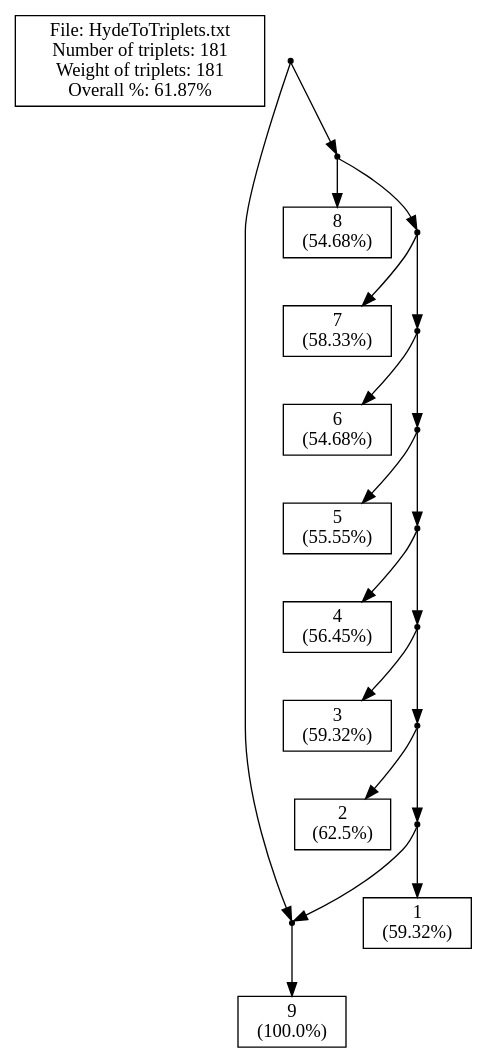
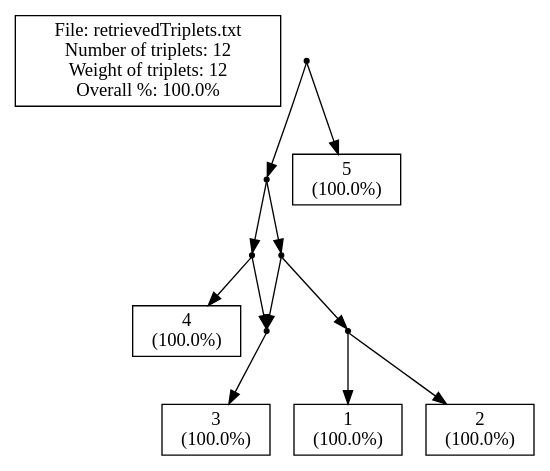
Before and after one commit to solislemuslab/phylo-knit: the diagram in New/Server/cExample1_m.dot, drawn with Graphviz. The commit also changed 10 other files, not shown here.

Commit message:
Fixed Newick formats for Triplet and Parenthetical

```diff
--- a/New/Server/cExample1_m.dot
+++ b/New/Server/cExample1_m.dot
@@ -1,66 +1,51 @@
 // LEV1ATHAN Version 1.0, 21 september 2009
 // COMMENT: Pre-processing the input file to count the leaves
-// COMMENT: Pre-processing showed that there are 9 leaves in the input.
-// SUMMARY: Input had 9 leaves.
+// COMMENT: Pre-processing showed that there are 5 leaves in the input.
+// SUMMARY: Input had 5 leaves.
 // USER-SETTING: Will *not* post-process output to collapse edges.
 // COMMENT: Triplet set is already dense.
-// SUMMARY: There are 181 triplets in the input.
-// SUMMARY: Total weight of input triplets is 181.
+// SUMMARY: There are 12 triplets in the input.
+// SUMMARY: Total weight of input triplets is 12.
+// COMMENT: We achieved non-trivial local perfection.
 // SUMMARY: (Before post-processing)
-// SUMMARY: We got 112 units of triplet weight, that's 61.87% of total weight.
-// SUMMARY: In total 69 units of triplet weight were -not- consistent with the ouput network.
+// SUMMARY: We got 12 units of triplet weight, that's 100.0% of total weight.
+// SUMMARY: In total 0 units of triplet weight were -not- consistent with the ouput network.
 // SUMMARY: Output network contained 0 triplets -not- in the original input.
-// SUMMARY: The symmetric difference is thus 69 + (1 * 0) = 69
+// SUMMARY: The symmetric difference is thus 0 + (1 * 0) = 0
 // SUMMARY: (After post-processing)
 strict digraph G1 {
 edge [fontsize=8]
-labelbox [shape=box, width=0.4, label="File: HydeToTriplets.txt\nNumber of triplets: 181\nWeight of triplets: 181\nOverall %: 61.87%"];
+labelbox [shape=box, width=0.4, label="File: retrievedTriplets.txt\nNumber of triplets: 12\nWeight of triplets: 12\nOverall %: 100.0%"];
 internal1000 [shape=point];
 internal1001 [shape=point];
-9 [shape=box, width=0.3, label="9\n(100.0%)"];
+internal1002 [shape=point];
 internal1003 [shape=point];
-8 [shape=box, width=0.3, label="8\n(54.68%)"];
-internal1005 [shape=point];
-7 [shape=box, width=0.3, label="7\n(58.33%)"];
+3 [shape=box, width=0.3, label="3\n(100.0%)"];
+4 [shape=box, width=0.3, label="4\n(100.0%)"];
+internal1006 [shape=point];
 internal1007 [shape=point];
-6 [shape=box, width=0.3, label="6\n(54.68%)"];
-internal1009 [shape=point];
-5 [shape=box, width=0.3, label="5\n(55.55%)"];
-internal1011 [shape=point];
-4 [shape=box, width=0.3, label="4\n(56.45%)"];
-internal1013 [shape=point];
-3 [shape=box, width=0.3, label="3\n(59.32%)"];
-internal1015 [shape=point];
-2 [shape=box, width=0.3, label="2\n(62.5%)"];
-internal1017 [shape=point];
-1 [shape=box, width=0.3, label="1\n(59.32%)"];
+1 [shape=box, width=0.3, label="1\n(100.0%)"];
+2 [shape=box, width=0.3, label="2\n(100.0%)"];
+5 [shape=box, width=0.3, label="5\n(100.0%)"];
 internal1000 -> internal1001
-internal1000 -> internal1003
-internal1001 -> 9
-internal1003 -> 8
-internal1003 -> internal1005
-internal1005 -> 7
-internal1005 -> internal1007
-internal1007 -> 6
-internal1007 -> internal1009
-internal1009 -> 5
-internal1009 -> internal1011
-internal1011 -> 4
-internal1011 -> internal1013
-internal1013 -> 3
-internal1013 -> internal1015
-internal1015 -> 2
-internal1015 -> internal1017
-internal1017 -> 1
-internal1017 -> internal1001
-internal1001 -> 9
+internal1000 -> 5
+internal1001 -> internal1002
+internal1001 -> internal1006
+internal1002 -> internal1003
+internal1002 -> 4
+internal1003 -> 3
+internal1006 -> internal1007
+internal1006 -> internal1003
+internal1007 -> 1
+internal1007 -> 2
+internal1003 -> 3
 }
-// SUMMARY: eNewick output: ((9)#H1,(8,(7,(6,(5,(4,(3,(2,(1,#H1)))))))));
-// SUMMARY: In total 69 units of triplet weight were -not- consistent with the ouput network.
+// SUMMARY: eNewick output: ((((3)#H1,4),((1,2),#H1)),5);
+// SUMMARY: In total 0 units of triplet weight were -not- consistent with the ouput network.
 // SUMMARY: Output network contained 0 triplets -not- in the original input.
 // SUMMARY: Weight of missing triplets before contraction minus weight of missing triplets afterwards: 0
 // SUMMARY: Number of surplus triplets before contraction minus number of surplus triplets afterwards: 0
-// CONCLUSION: After post-processing we got 112 units of triplet weight, that's 61.87% of total weight (before post-processing this was 61.87%).
-// CONCLUSION: After post-processing the symmetric difference is thus 69 + (1 * 0) = 69 (before post-processing this was 69)
-// STAT: PERCENTAGE = 61.87
-// STAT: NETWORK-TRIPLET SD = 69
+// CONCLUSION: After post-processing we got 12 units of triplet weight, that's 100.0% of total weight (before post-processing this was 100.0%).
+// CONCLUSION: After post-processing the symmetric difference is thus 0 + (1 * 0) = 0 (before post-processing this was 0)
+// STAT: PERCENTAGE = 100.0
+// STAT: NETWORK-TRIPLET SD = 0
```
